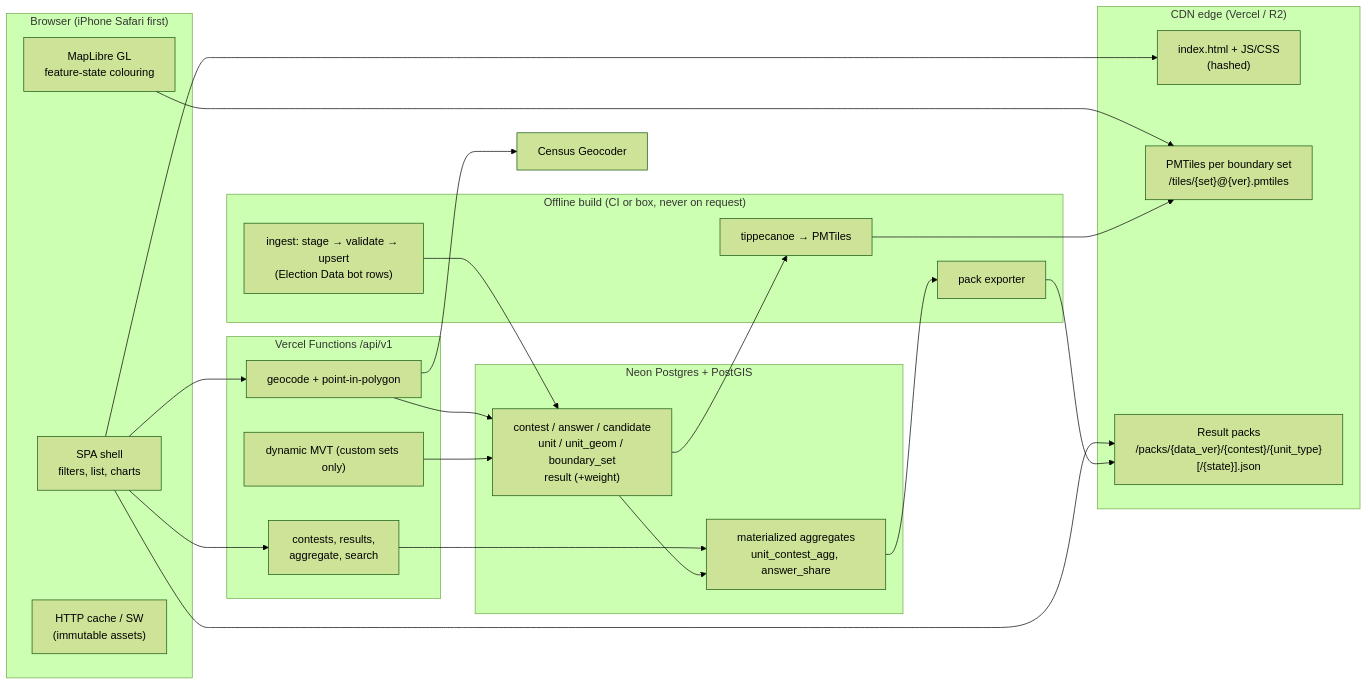
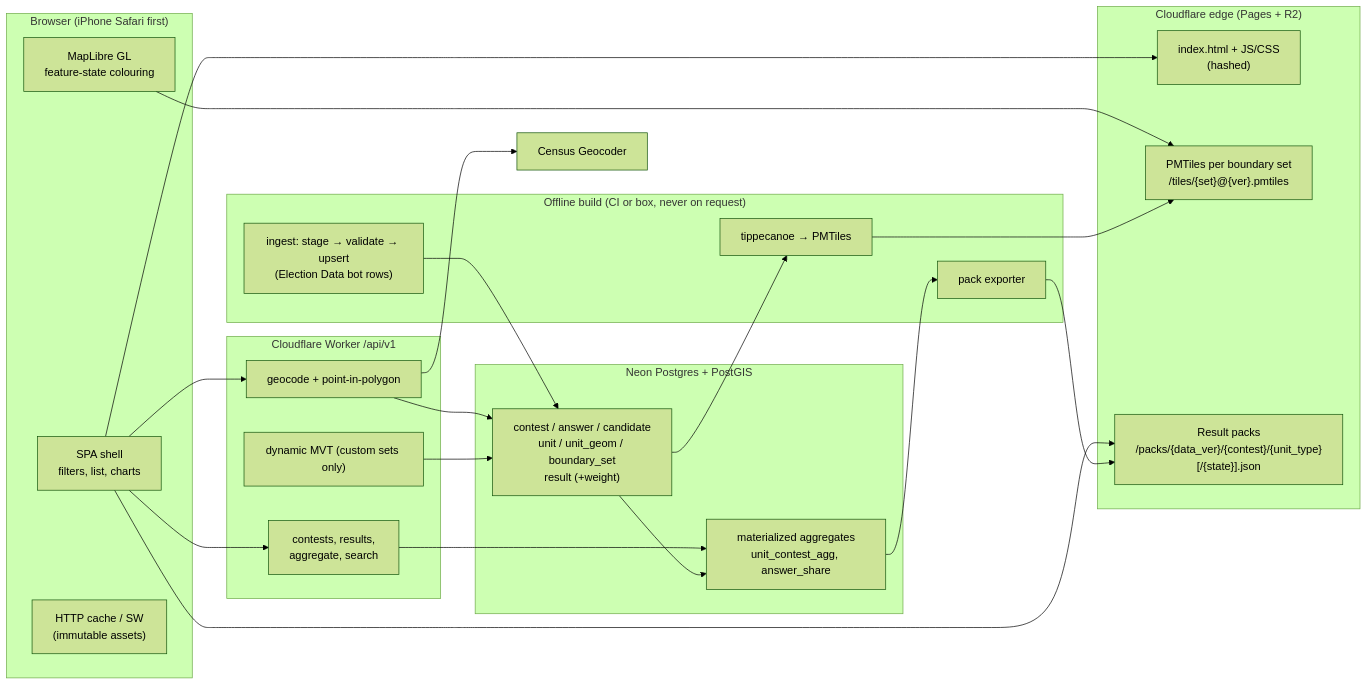
Before and after one commit to ge0r9b/us-districts: the diagram in docs/v3/ARCHITECTURE.md, drawn with Mermaid (forest theme). The commit also changed other lines of this file and 7 other files, not shown here.

Commit message:
docs(v3): D3 resolved - hosting moves to Cloudflare free plan (Pages + Worker /api/v1 + R2 PMTiles), Neon stays, Vercel superseded; runtime-portable API rules; free-plan limits (read 2026-10-18); static /v3-preview/ on GitHub Pages first

````diff
--- a/docs/v3/ARCHITECTURE.md
+++ b/docs/v3/ARCHITECTURE.md
@@ -26,40 +27,40 @@
 ```mermaid
 flowchart LR
   subgraph Client["Browser (iPhone Safari first)"]
     UI["SPA shell<br/>filters, list, charts"]
     ML["MapLibre GL<br/>feature-state colouring"]
     SW["HTTP cache / SW<br/>(immutable assets)"]
   end
-  subgraph CDN["CDN edge (Vercel / R2)"]
+  subgraph CDN["Cloudflare edge (Pages + R2)"]
     SHELL["index.html + JS/CSS<br/>(hashed)"]
     TILES["PMTiles per boundary set<br/>/tiles/{set}@{ver}.pmtiles"]
     PACKS["Result packs<br/>/packs/{data_ver}/{contest}/{unit_type}[/{state}].json"]
   end
-  subgraph API["Vercel Functions /api/v1"]
+  subgraph API["Cloudflare Worker /api/v1"]
     R["contests, results,<br/>aggregate, search"]
     G["geocode + point-in-polygon"]
     T["dynamic MVT (custom sets only)"]
   end
   subgraph DB["Neon Postgres + PostGIS"]
     CORE["contest / answer / candidate<br/>unit / unit_geom / boundary_set<br/>result (+weight)"]
     MV["materialized aggregates<br/>unit_contest_agg, answer_share"]
   end
   subgraph Build["Offline build (CI or box, never on request)"]
     ING["ingest: stage → validate → upsert<br/>(Election Data bot rows)"]
     TIP["tippecanoe → PMTiles"]
     PK["pack exporter"]
   end
   Census["Census Geocoder"]
   UI --> SHELL
   ML --> TILES
   UI --> PACKS
   UI --> R
   UI --> G
   R --> MV
   G --> Census
   G --> CORE
   T --> CORE
   ING --> CORE --> MV
   CORE --> TIP --> TILES
   MV --> PK --> PACKS
 ```
````
